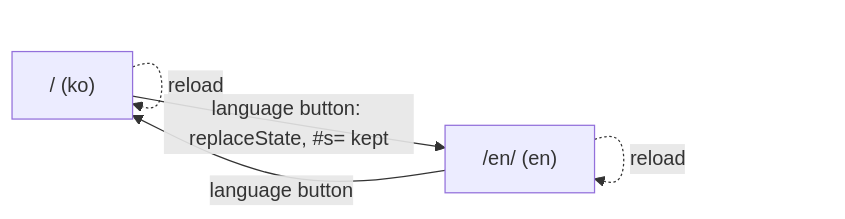
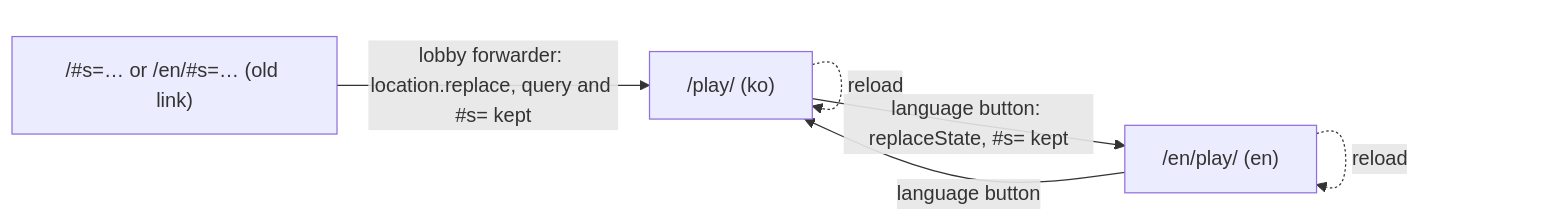
One commit to VinylStage/trex_vs_tiger_sim changed the first of 2 diagrams in docs/SEO.md. Above: the diagram before and after it, drawn with Mermaid. The commit also changed other lines of this file and 37 other files, not shown here.

First line of the commit message:
feat(pages): lobby at / and the app at /play/, with forwarding for every old link (#142) (#143)

````diff
--- a/docs/SEO.md
+++ b/docs/SEO.md
@@ -54,7 +56,8 @@
 ```mermaid
 flowchart LR
-  ko["/ (ko)"] -- "language button: replaceState, #s= kept" --> en["/en/ (en)"]
+  old["/#s=… or /en/#s=… (old link)"] -- "lobby forwarder: location.replace, query and #s= kept" --> ko
+  ko["/play/ (ko)"] -- "language button: replaceState, #s= kept" --> en["/en/play/ (en)"]
   en -- "language button" --> ko
   ko -. "reload" .-> ko
   en -. "reload" .-> en
 ```
````
